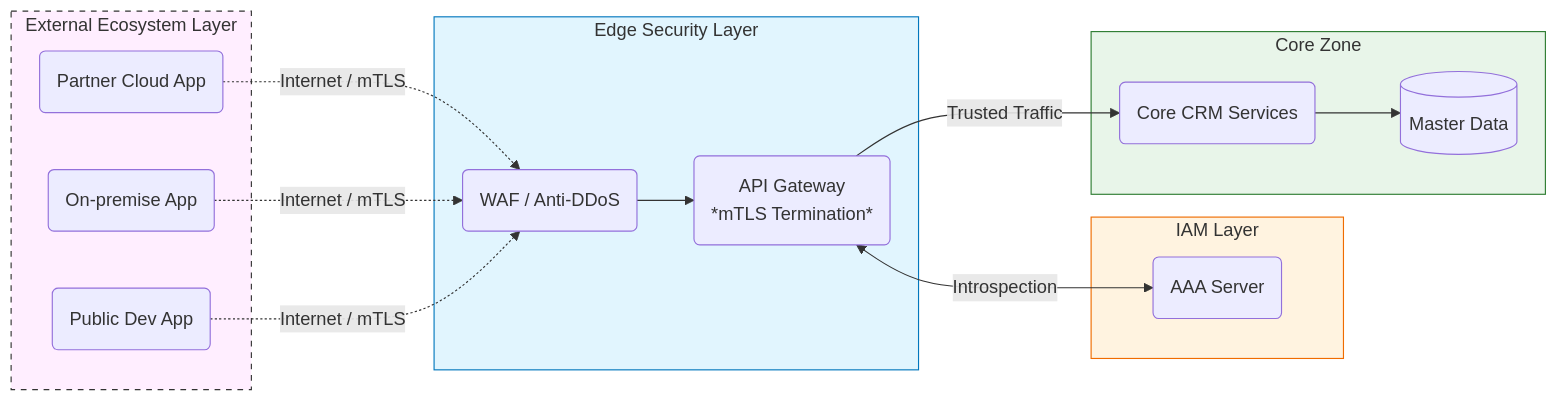
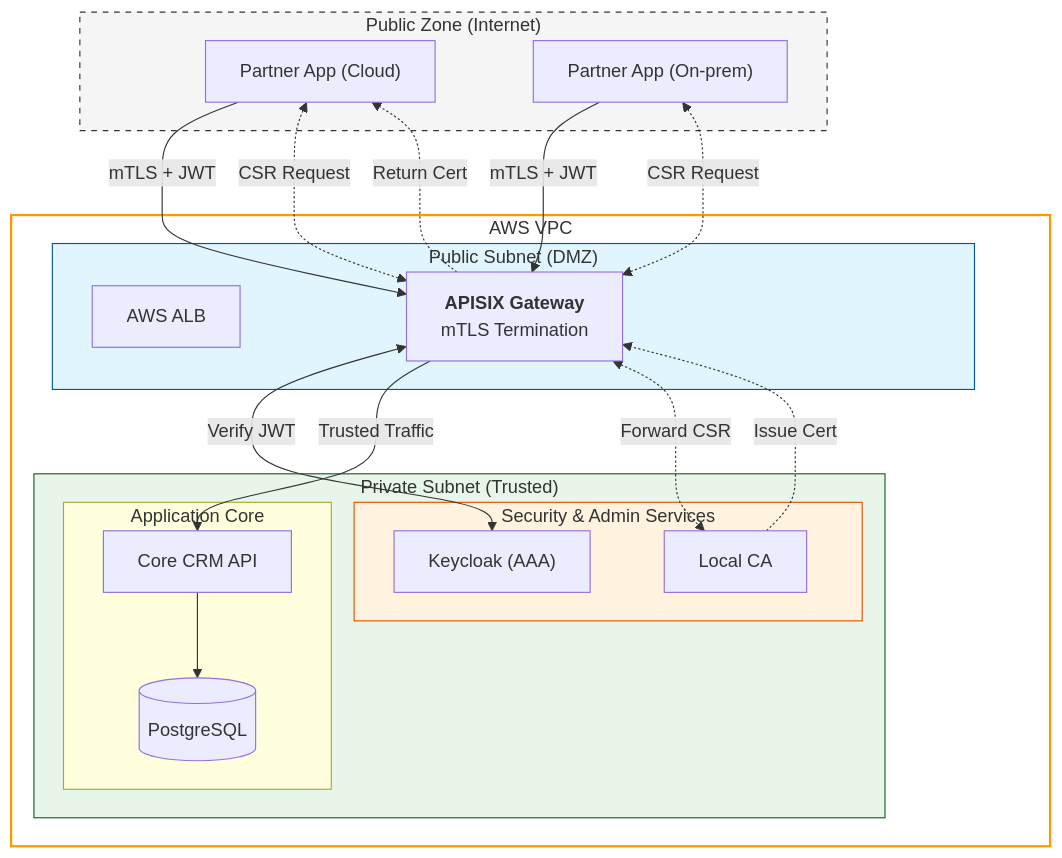
Before and after one commit to pxuanbach/Zero-Trust-API-Authentication: the second of 2 diagrams in docs/propose5.md, drawn with Mermaid. The commit also changed other lines of this file, not shown here.

````diff
--- a/docs/propose5.md
+++ b/docs/propose5.md
@@ -83,35 +89,51 @@
 ```mermaid
 ---
 config:
   layout: dagre
 ---
-flowchart LR
- subgraph Layer1["External Ecosystem Layer"]
-        P1("Partner Cloud App")
-        P2("On-premise App")
-        P3("Public Dev App")
-  end
- subgraph Layer2["Edge Security Layer"]
-        Gateway("API Gateway <br> *mTLS Termination*")
-        WAF("WAF / Anti-DDoS")
-  end
- subgraph Layer3["IAM Layer"]
-        Keycloak("AAA Server")
-  end
- subgraph Layer4["Core Zone"]
-        Core("Core CRM Services")
-        DB[("Master Data")]
-  end
-    WAF --> Gateway
-    P1 -. Internet / mTLS .-> WAF
-    P2 -. Internet / mTLS .-> WAF
-    P3 -. Internet / mTLS .-> WAF
-    Gateway <-- Introspection --> Keycloak
-    Gateway -- Trusted Traffic --> Core
-    Core --> DB
+flowchart TD
+    subgraph PublicZone ["Public Zone (Internet)"]
+        P1["Partner App (Cloud)"]
+        P2["Partner App (On-prem)"]
+    end
 
-    style Layer1 fill:#ffeeff,stroke:#333,stroke-dasharray: 5 5
-    style Layer2 fill:#e1f5fe,stroke:#0277bd
-    style Layer3 fill:#fff3e0,stroke:#ef6c00
-    style Layer4 fill:#e8f5e9,stroke:#2e7d32
+    subgraph AWS_VPC ["AWS VPC"]
+        subgraph PublicSubnet ["Public Subnet (DMZ)"]
+            ALB["AWS ALB"]
+            APISIX["<b>APISIX Gateway</b><br/>mTLS Termination"]
+        end
+
+        subgraph PrivateSubnet ["Private Subnet (Trusted)"]
+            subgraph Security_Admin ["Security & Admin Services"]
+                Keycloak["Keycloak (AAA)"]
+                LocalCA["Local CA"]
+            end
+
+            subgraph Application_Core ["Application Core"]
+                CoreCRM["Core CRM API"]
+                DB[("PostgreSQL")]
+            end
+        end
+    end
+
+    %% Connections
+    P1 -- "mTLS + JWT" --> APISIX
+    P2 -- "mTLS + JWT" --> APISIX
+
+    APISIX <-->|"Verify JWT"| Keycloak
+    APISIX -- "Trusted Traffic" --> CoreCRM
+    CoreCRM --> DB
+
+    %% Certificate Issuance via Proxy
+    P1 <-. "CSR Request" .-> APISIX
+    P2 <-. "CSR Request" .-> APISIX
+    APISIX <-. "Forward CSR" .-> LocalCA
+    LocalCA -. "Issue Cert" .-> APISIX
+    APISIX -. "Return Cert" .-> P1
+
+    style PublicZone fill:#f5f5f5,stroke:#333,stroke-dasharray: 5 5
+    style AWS_VPC fill:#fff,stroke:#ff9900,stroke-width:2px
+    style PublicSubnet fill:#e1f5fe,stroke:#01579b
+    style PrivateSubnet fill:#e8f5e9,stroke:#1b5e20
+    style Security_Admin fill:#fff3e0,stroke:#e65100
 ```
````
